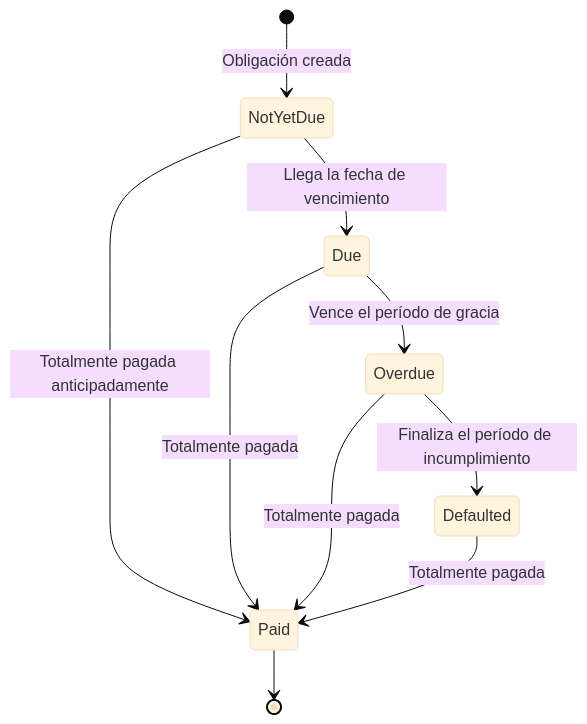
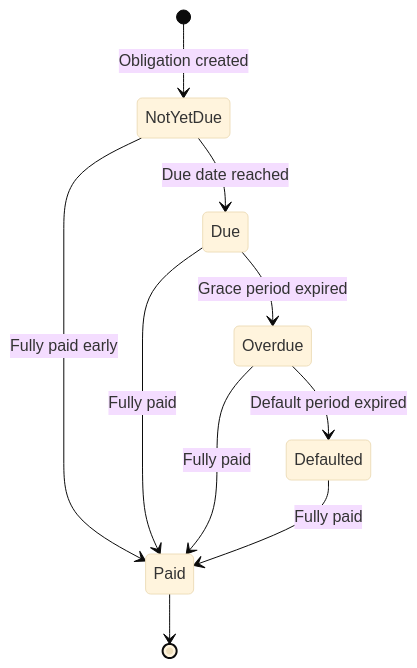
Before and after one commit to GaloyMoney/lana-bank: the diagram in docs-site/i18n/es/docusaurus-plugin-content-docs/current/technical-documentation/credit/obligation.md, drawn with Mermaid (base theme). The commit also changed other lines of this file and 76 other files, not shown here.

````diff
--- a/docs-site/i18n/es/docusaurus-plugin-content-docs/current/technical-documentation/credit/obligation.md
+++ b/docs-site/i18n/es/docusaurus-plugin-content-docs/current/technical-documentation/credit/obligation.md
@@ -48,12 +46,12 @@
 ```mermaid
 stateDiagram-v2
-    [*] --> NotYetDue: Obligación creada
-    NotYetDue --> Due: Llega la fecha de vencimiento
-    NotYetDue --> Paid: Totalmente pagada anticipadamente
-    Due --> Overdue: Vence el período de gracia
-    Due --> Paid: Totalmente pagada
-    Overdue --> Defaulted: Finaliza el período de incumplimiento
-    Overdue --> Paid: Totalmente pagada
-    Defaulted --> Paid: Totalmente pagada
+    [*] --> NotYetDue: Obligation created
+    NotYetDue --> Due: Due date reached
+    NotYetDue --> Paid: Fully paid early
+    Due --> Overdue: Grace period expired
+    Due --> Paid: Fully paid
+    Overdue --> Defaulted: Default period expired
+    Overdue --> Paid: Fully paid
+    Defaulted --> Paid: Fully paid
     Paid --> [*]
 ```
````
